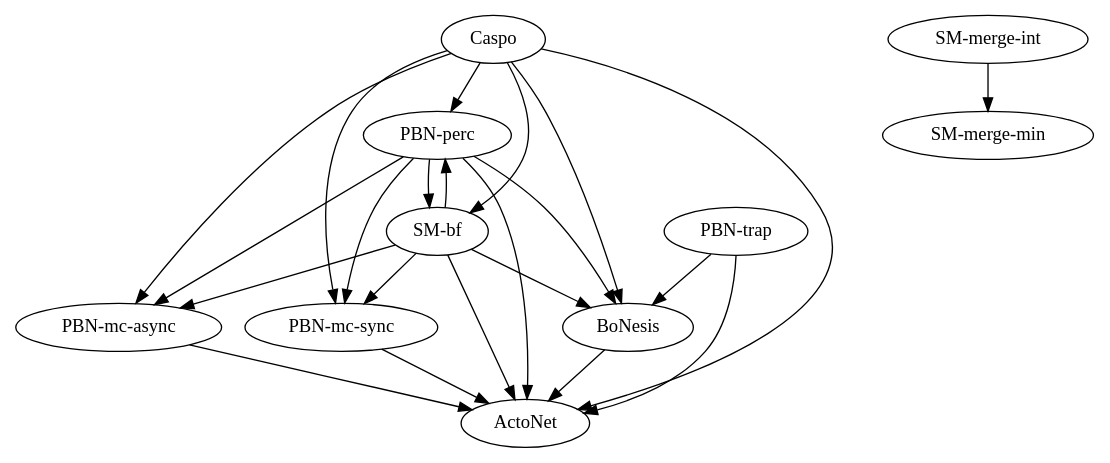
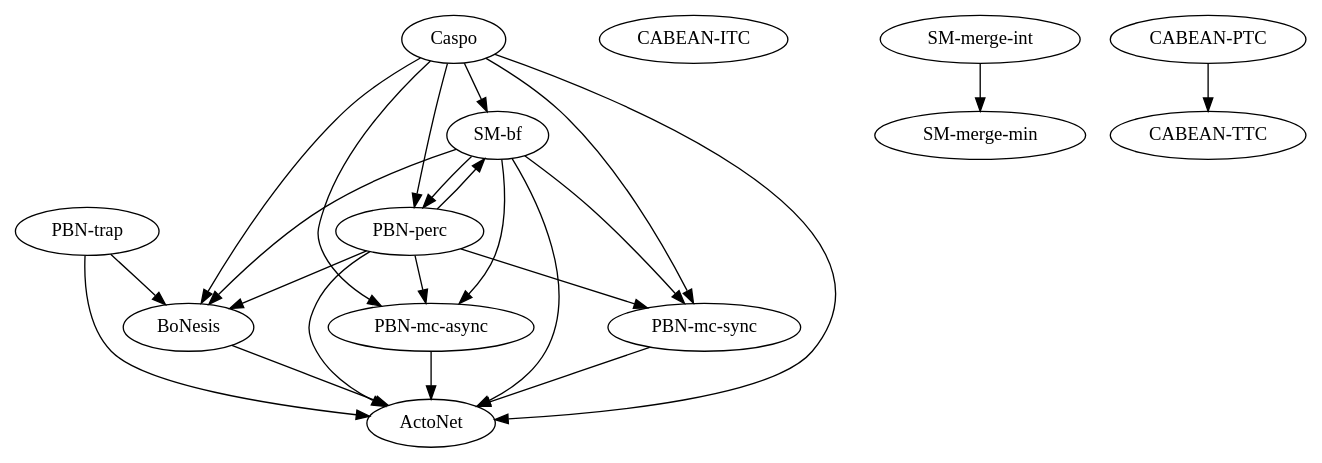
One commit to kalebmoon07/BN-control-taxonomy changed the diagram in experiments/results/_summary.dot. Above: the diagram before and after it, drawn with Graphviz. The commit also changed 85 other files, not shown here.

```diff
--- a/experiments/results/_summary.dot
+++ b/experiments/results/_summary.dot
@@ -1,34 +1,38 @@
 strict digraph  {
+BoNesis;
+"SM-bf";
+"CABEAN-ITC";
+Caspo;
+ActoNet;
+"SM-merge-min";
+"PBN-trap";
 "PBN-mc-async";
-ActoNet;
-Caspo;
-BoNesis;
 "PBN-perc";
 "PBN-mc-sync";
-"SM-bf";
-"PBN-trap";
 "SM-merge-int";
-"SM-merge-min";
-"PBN-mc-async" -> ActoNet;
+"CABEAN-PTC";
+"CABEAN-TTC";
+BoNesis -> ActoNet;
+"SM-bf" -> BoNesis;
+"SM-bf" -> ActoNet;
+"SM-bf" -> "PBN-mc-async";
+"SM-bf" -> "PBN-perc";
+"SM-bf" -> "PBN-mc-sync";
+Caspo -> BoNesis;
+Caspo -> "SM-bf";
+Caspo -> ActoNet;
 Caspo -> "PBN-mc-async";
-Caspo -> ActoNet;
-Caspo -> BoNesis;
 Caspo -> "PBN-perc";
 Caspo -> "PBN-mc-sync";
-Caspo -> "SM-bf";
-BoNesis -> ActoNet;
+"PBN-trap" -> BoNesis;
+"PBN-trap" -> ActoNet;
+"PBN-mc-async" -> ActoNet;
+"PBN-perc" -> BoNesis;
+"PBN-perc" -> "SM-bf";
+"PBN-perc" -> ActoNet;
 "PBN-perc" -> "PBN-mc-async";
-"PBN-perc" -> ActoNet;
-"PBN-perc" -> BoNesis;
 "PBN-perc" -> "PBN-mc-sync";
-"PBN-perc" -> "SM-bf";
 "PBN-mc-sync" -> ActoNet;
-"SM-bf" -> "PBN-mc-async";
-"SM-bf" -> ActoNet;
-"SM-bf" -> BoNesis;
-"SM-bf" -> "PBN-perc";
-"SM-bf" -> "PBN-mc-sync";
-"PBN-trap" -> ActoNet;
-"PBN-trap" -> BoNesis;
 "SM-merge-int" -> "SM-merge-min";
+"CABEAN-PTC" -> "CABEAN-TTC";
 }
```
